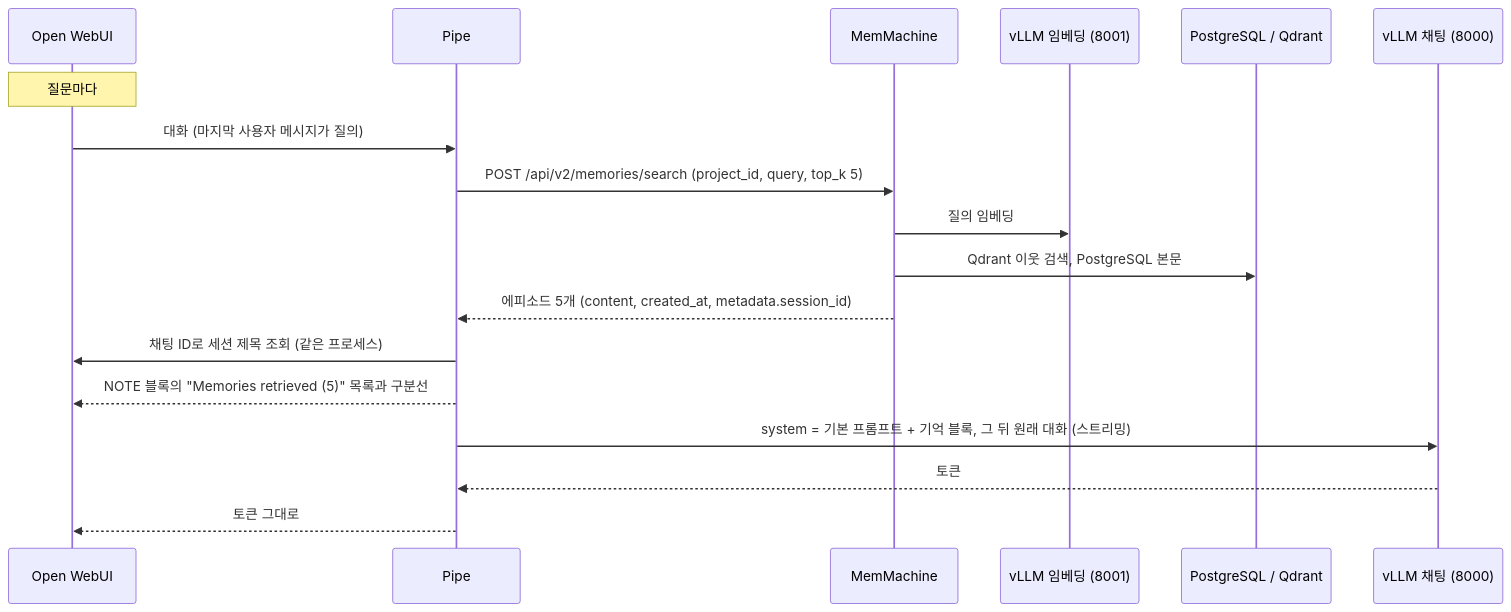
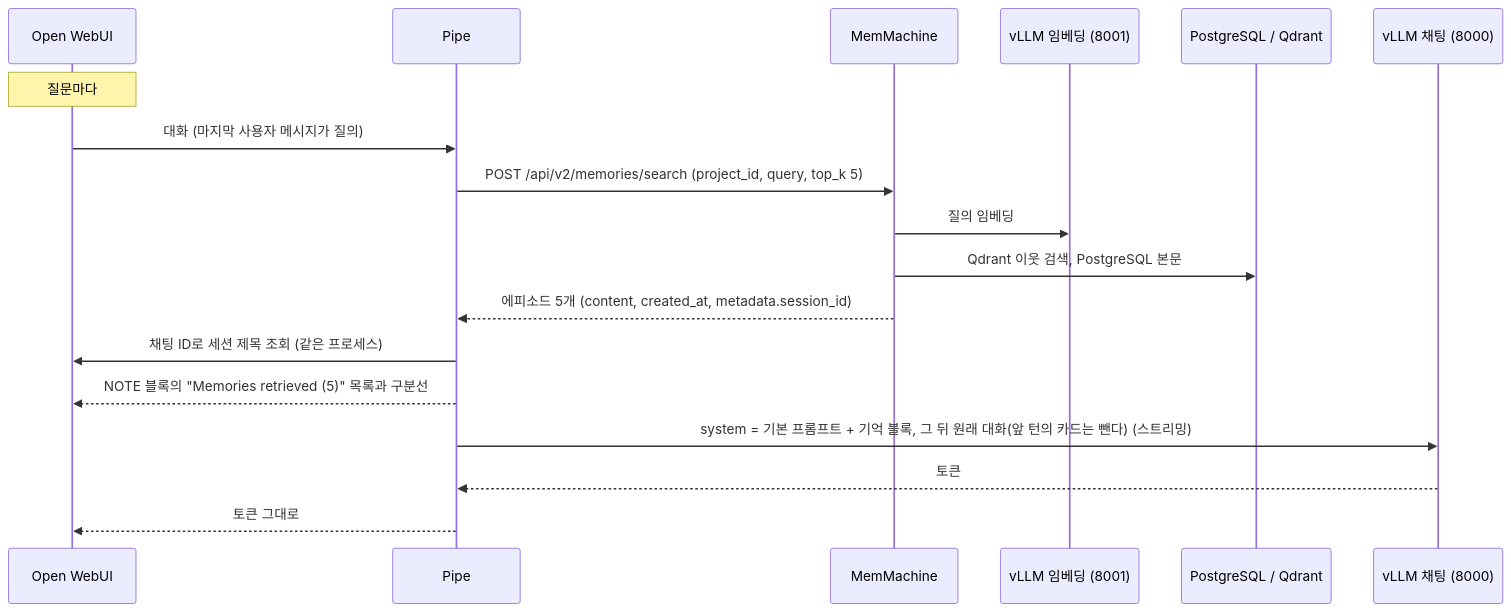
The fifth of 5 diagrams in docs/msr/ces2027_demo/architecture_2026-10-27.md (taejin-oh/MemMachine), drawn with Mermaid before and after one commit. The commit also changed other lines of this file and 4 other files, not shown here.

````diff
--- a/docs/msr/ces2027_demo/architecture_2026-10-27.md
+++ b/docs/msr/ces2027_demo/architecture_2026-10-27.md
@@ -266,20 +266,20 @@
 ```mermaid
 sequenceDiagram
     participant W as Open WebUI
     participant P as Pipe
     participant M as MemMachine
     participant E as vLLM 임베딩 (8001)
     participant D as PostgreSQL / Qdrant
     participant L as vLLM 채팅 (8000)
     Note over W: 질문마다
     W->>P: 대화 (마지막 사용자 메시지가 질의)
     P->>M: POST /api/v2/memories/search (project_id, query, top_k 5)
     M->>E: 질의 임베딩
     M->>D: Qdrant 이웃 검색, PostgreSQL 본문
     M-->>P: 에피소드 5개 (content, created_at, metadata.session_id)
     P->>W: 채팅 ID로 세션 제목 조회 (같은 프로세스)
     P-->>W: NOTE 블록의 "Memories retrieved (5)" 목록과 구분선
-    P->>L: system = 기본 프롬프트 + 기억 블록, 그 뒤 원래 대화 (스트리밍)
+    P->>L: system = 기본 프롬프트 + 기억 블록, 그 뒤 원래 대화(앞 턴의 카드는 뺀다) (스트리밍)
     L-->>P: 토큰
     P-->>W: 토큰 그대로
 ```
````
